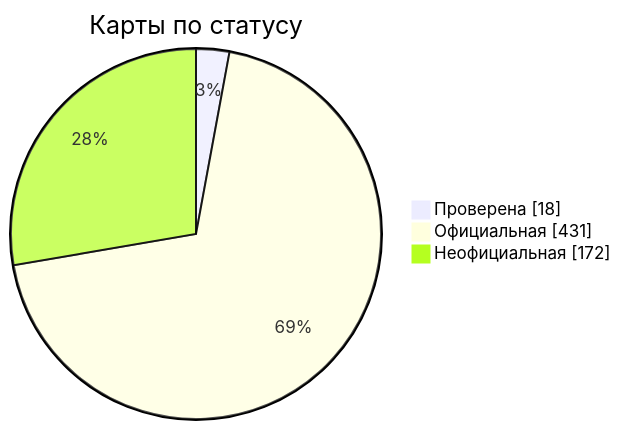
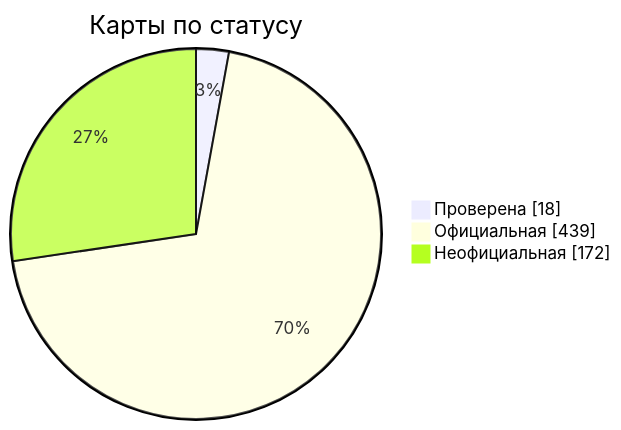
The diagram in docs/readme/README_RU.md (nobrega8/mbmap-library), drawn with Mermaid before and after one commit. The commit also changed 13 other files, not shown here.

````diff
--- a/docs/readme/README_RU.md
+++ b/docs/readme/README_RU.md
@@ -54,7 +54,7 @@
 ```mermaid
 pie showData
     title Карты по статусу
     "Проверена" : 18
-    "Официальная" : 431
+    "Официальная" : 439
     "Неофициальная" : 172
 ```
````
